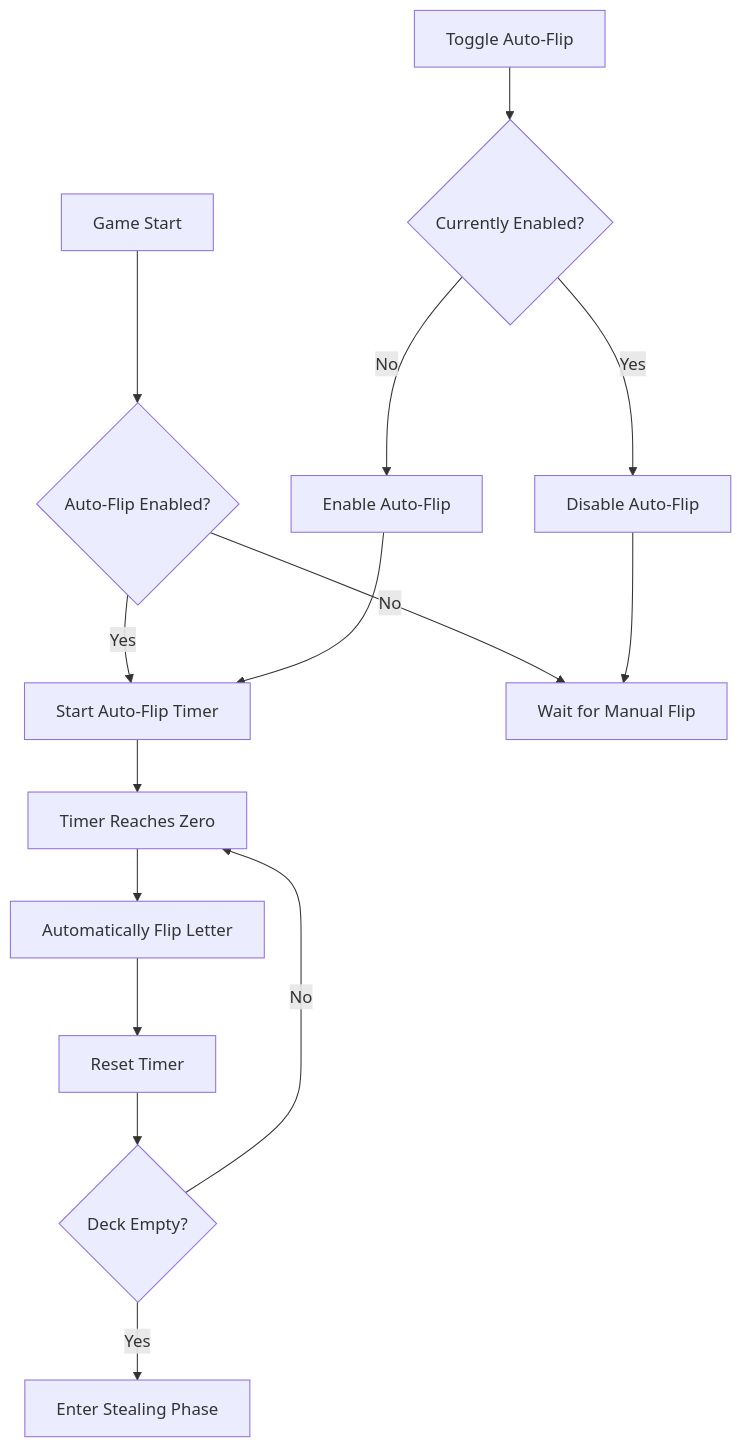
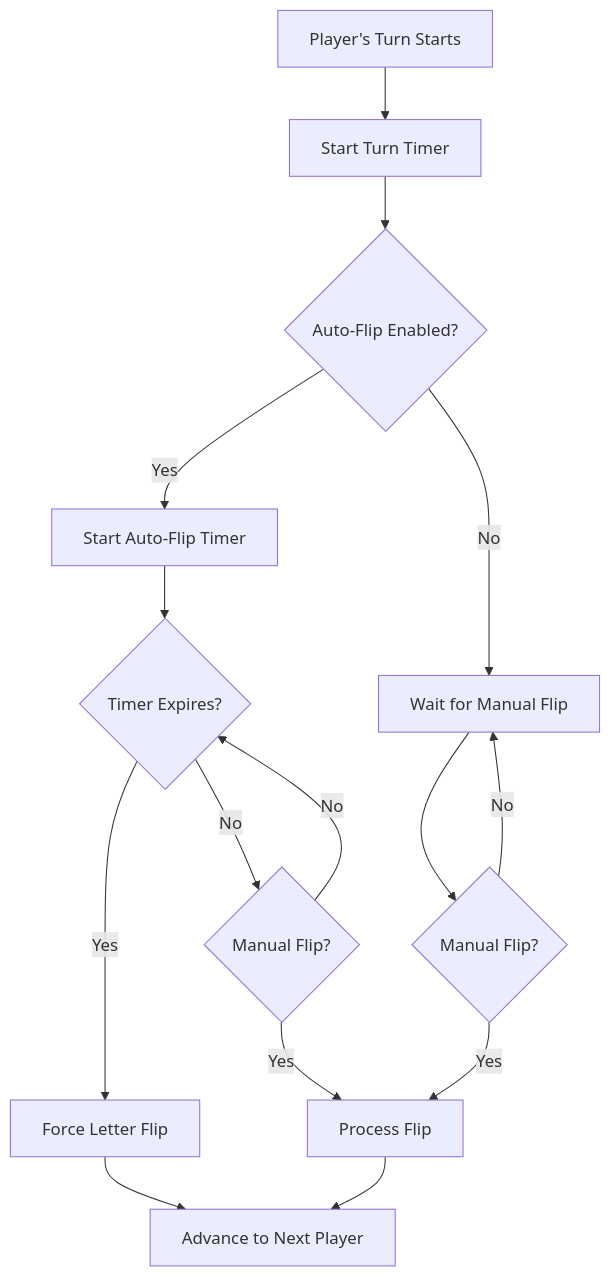
Before and after one commit to shameer99/anagrab: the second of 2 diagrams in docs/turn_based_flipping_plan.md, drawn with Mermaid. The commit also changed other lines of this file, not shown here.

````diff
--- a/docs/turn_based_flipping_plan.md
+++ b/docs/turn_based_flipping_plan.md
@@ -95,19 +95,20 @@
 ```mermaid
 flowchart TD
-    A[Game Start] --> B{Auto-Flip Enabled?}
-    B -- Yes --> C[Start Auto-Flip Timer]
-    B -- No --> D[Wait for Manual Flip]
+    A[Player's Turn Starts] --> B[Start Turn Timer]
+    B --> C{Auto-Flip Enabled?}
+    C -- Yes --> D[Start Auto-Flip Timer]
+    C -- No --> E[Wait for Manual Flip]
 
-    C --> E[Timer Reaches Zero]
-    E --> F[Automatically Flip Letter]
-    F --> G[Reset Timer]
-    G --> H{Deck Empty?}
-    H -- No --> E
-    H -- Yes --> I[Enter Stealing Phase]
+    D --> F{Timer Expires?}
+    F -- Yes --> G[Force Letter Flip]
+    F -- No --> H{Manual Flip?}
+    H -- Yes --> I[Process Flip]
+    H -- No --> F
 
-    J[Toggle Auto-Flip] --> K{Currently Enabled?}
-    K -- Yes --> L[Disable Auto-Flip]
-    K -- No --> M[Enable Auto-Flip]
-    L --> D
-    M --> C
+    E --> J{Manual Flip?}
+    J -- Yes --> I
+    J -- No --> E
+
+    I --> K[Advance to Next Player]
+    G --> K
 ```
````
